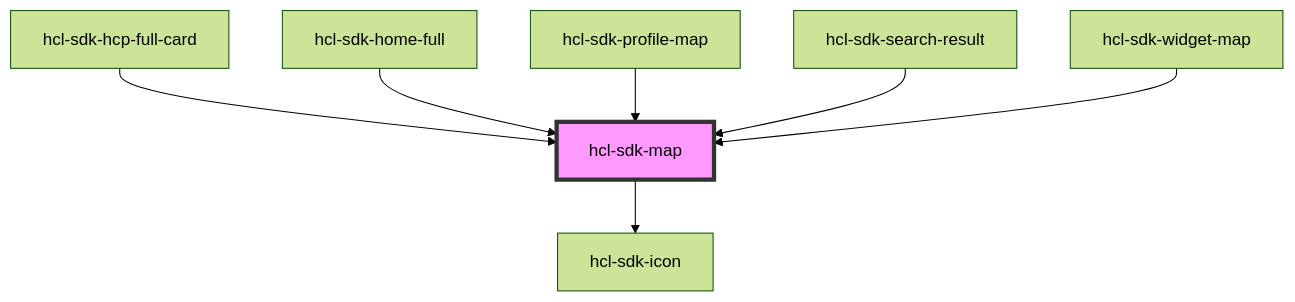
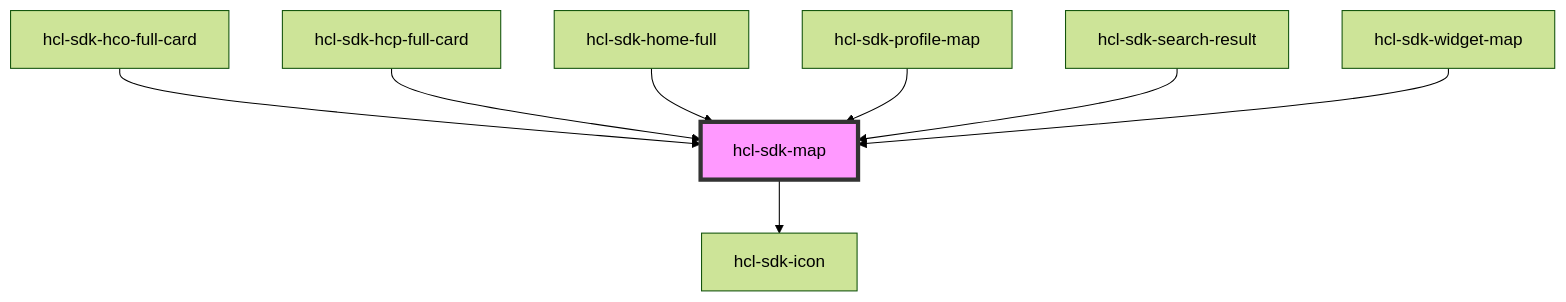
One commit to hcl-sdk/HealthCareLocatorWebSDK changed the diagram in packages/hcl-sdk-web-ui/docs/components/ui-kits/hcl-sdk-map/readme.md. Above: the diagram before and after it, drawn with Mermaid (forest theme). The commit also changed other lines of this file and 10 other files, not shown here.

````diff
--- a/packages/hcl-sdk-web-ui/docs/components/ui-kits/hcl-sdk-map/readme.md
+++ b/packages/hcl-sdk-web-ui/docs/components/ui-kits/hcl-sdk-map/readme.md
@@ -55,10 +56,11 @@
 ```mermaid
 graph TD;
   hcl-sdk-map --> hcl-sdk-icon
+  hcl-sdk-hco-full-card --> hcl-sdk-map
   hcl-sdk-hcp-full-card --> hcl-sdk-map
   hcl-sdk-home-full --> hcl-sdk-map
   hcl-sdk-profile-map --> hcl-sdk-map
   hcl-sdk-search-result --> hcl-sdk-map
   hcl-sdk-widget-map --> hcl-sdk-map
   style hcl-sdk-map fill:#f9f,stroke:#333,stroke-width:4px
 ```
````
